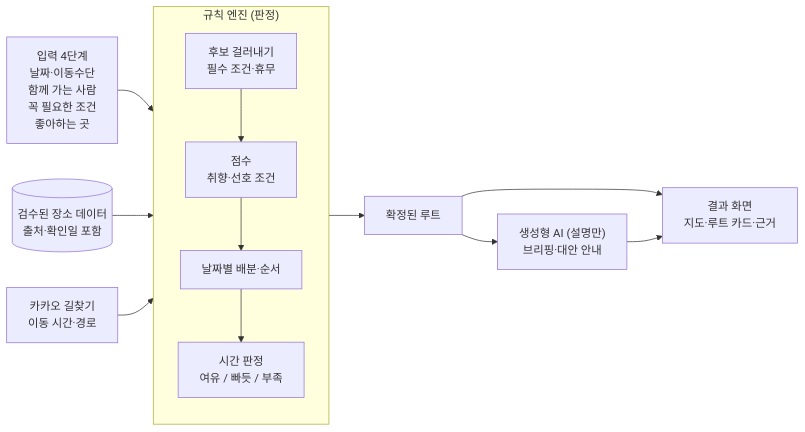
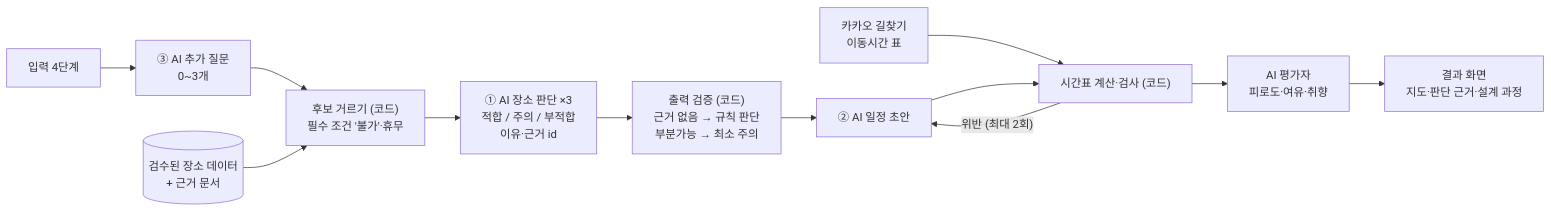
One commit to ieumgil/ieumgil-ai changed the diagram in README.md. Above: the diagram before and after it, drawn with Mermaid. The commit also changed other lines of this file and 5 other files, not shown here.

````diff
--- a/README.md
+++ b/README.md
@@ -48,16 +50,14 @@
 ```mermaid
 flowchart LR
-    A["입력 4단계<br/>날짜·이동수단<br/>함께 가는 사람<br/>꼭 필요한 조건<br/>좋아하는 곳"] --> B
-
-    subgraph B["규칙 엔진 (판정)"]
-        direction TB
-        B1["후보 걸러내기<br/>필수 조건·휴무"] --> B2["점수<br/>취향·선호 조건"] --> B3["날짜별 배분·순서"] --> B4["시간 판정<br/>여유 / 빠듯 / 부족"]
-    end
-
-    D[("검수된 장소 데이터<br/>출처·확인일 포함")] --> B
-    K["카카오 길찾기<br/>이동 시간·경로"] --> B
-    B --> C["확정된 루트"]
-    C --> L["생성형 AI (설명만)<br/>브리핑·대안 안내"]
-    C --> R["결과 화면<br/>지도·루트 카드·근거"]
-    L --> R
+    A["입력 4단계"] --> Q["③ AI 추가 질문<br/>0~3개"]
+    Q --> F["후보 거르기 (코드)<br/>필수 조건 '불가'·휴무"]
+    D[("검수된 장소 데이터<br/>+ 근거 문서")] --> F
+    F --> J["① AI 장소 판단 ×3<br/>적합 / 주의 / 부적합<br/>이유·근거 id"]
+    J --> G["출력 검증 (코드)<br/>근거 없음 → 규칙 판단<br/>부분가능 → 최소 주의"]
+    G --> P["② AI 일정 초안"]
+    K["카카오 길찾기<br/>이동시간 표"] --> T
+    P --> T["시간표 계산·검사 (코드)"]
+    T -- "위반 (최대 2회)" --> P
+    T --> E["AI 평가자<br/>피로도·여유·취향"]
+    E --> R["결과 화면<br/>지도·판단 근거·설계 과정"]
 ```
````
